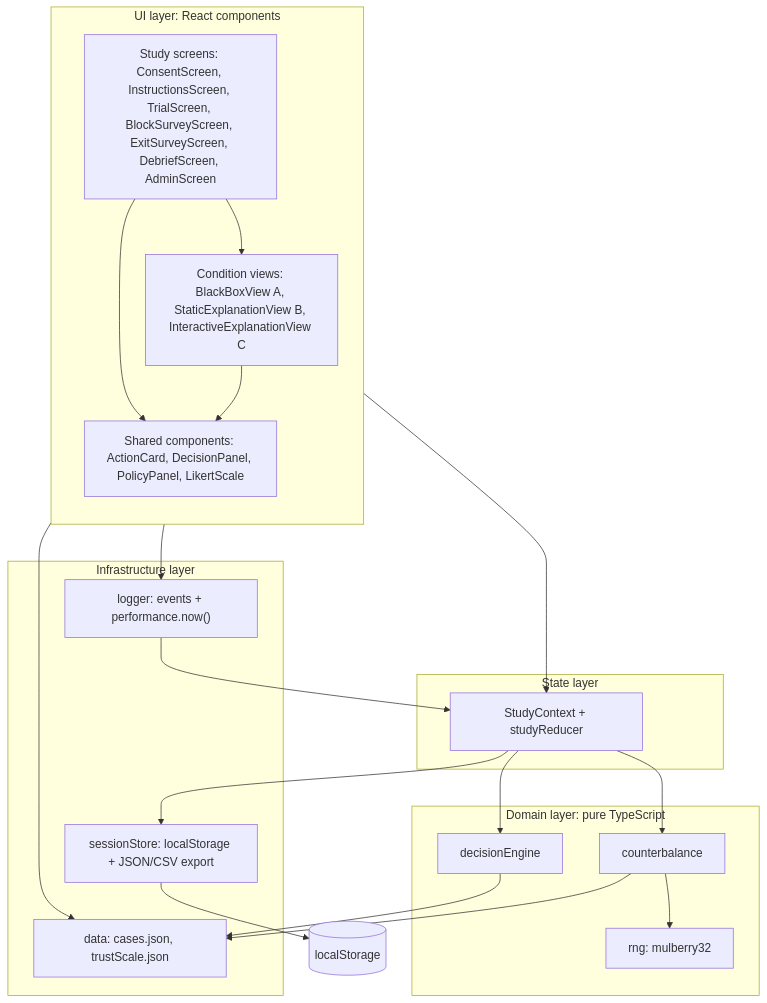
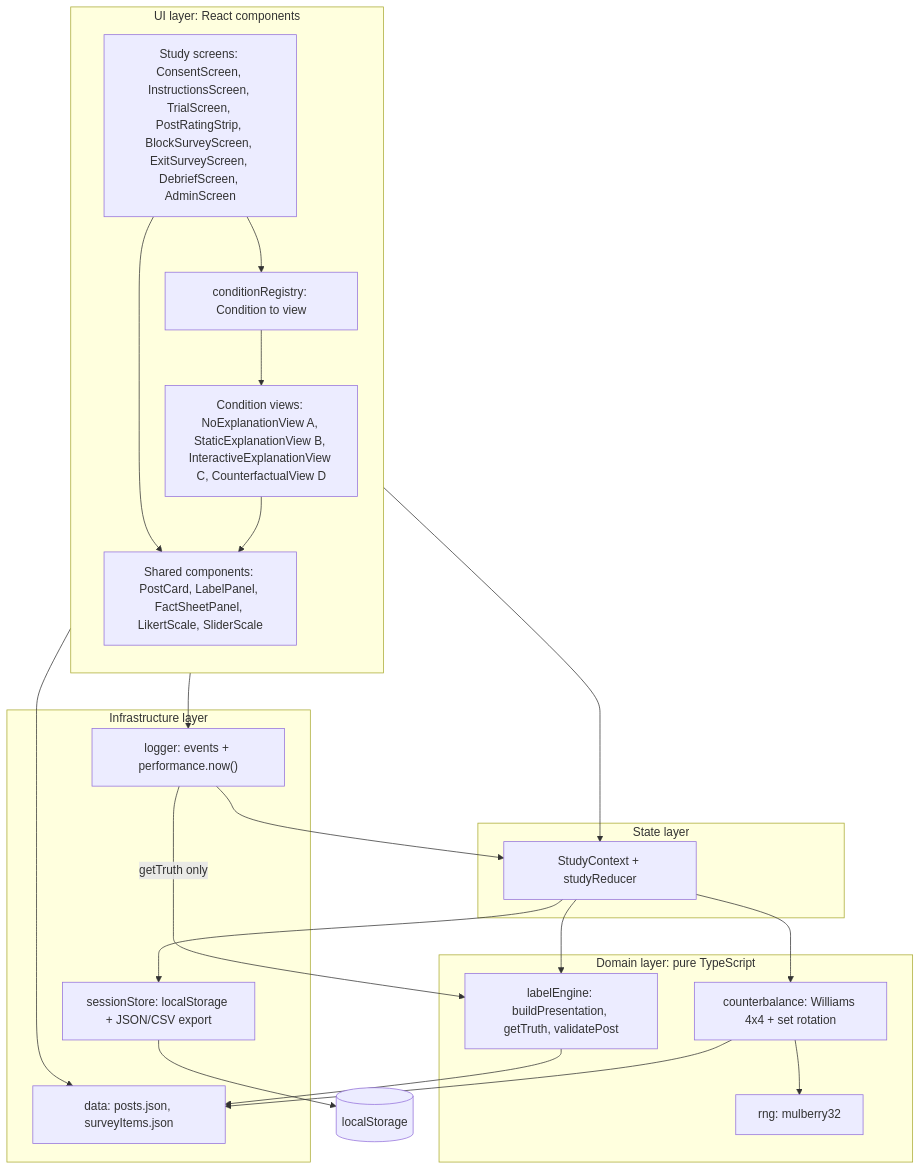
One commit to bibekgupta3333/HCI changed the second of 3 diagrams in docs/architecture.md. Above: the diagram before and after it, drawn with Mermaid. The commit also changed other lines of this file and 27 other files, not shown here.

````diff
--- a/docs/architecture.md
+++ b/docs/architecture.md
@@ -29,40 +31,43 @@
 ```mermaid
 flowchart TB
     subgraph UI["UI layer: React components"]
         direction TB
-        Screens["Study screens: ConsentScreen, InstructionsScreen, TrialScreen, BlockSurveyScreen, ExitSurveyScreen, DebriefScreen, AdminScreen"]
-        Cond["Condition views: BlackBoxView A, StaticExplanationView B, InteractiveExplanationView C"]
-        Shared["Shared components: ActionCard, DecisionPanel, PolicyPanel, LikertScale"]
-        Screens --> Cond
+        Screens["Study screens: ConsentScreen, InstructionsScreen, TrialScreen, PostRatingStrip, BlockSurveyScreen, ExitSurveyScreen, DebriefScreen, AdminScreen"]
+        Reg["conditionRegistry: Condition to view"]
+        Cond["Condition views: NoExplanationView A, StaticExplanationView B, InteractiveExplanationView C, CounterfactualView D"]
+        Shared["Shared components: PostCard, LabelPanel, FactSheetPanel, LikertScale, SliderScale"]
+        Screens --> Reg
+        Reg --> Cond
         Screens --> Shared
         Cond --> Shared
     end
 
     subgraph STATE["State layer"]
         Ctx["StudyContext + studyReducer"]
     end
 
     subgraph DOMAIN["Domain layer: pure TypeScript"]
-        DE["decisionEngine"]
-        CB["counterbalance"]
+        LE["labelEngine: buildPresentation, getTruth, validatePost"]
+        CB["counterbalance: Williams 4x4 + set rotation"]
         RNG["rng: mulberry32"]
         CB --> RNG
     end
 
     subgraph INFRA["Infrastructure layer"]
         LOG["logger: events + performance.now()"]
         SS["sessionStore: localStorage + JSON/CSV export"]
-        DATA["data: cases.json, trustScale.json"]
+        DATA["data: posts.json, surveyItems.json"]
     end
 
     Screens --> Ctx
     Screens --> LOG
-    Ctx --> DE
+    Ctx --> LE
     Ctx --> CB
     Ctx --> SS
     LOG --> Ctx
-    DE --> DATA
+    LOG -->|"getTruth only"| LE
+    LE --> DATA
     CB --> DATA
     Screens --> DATA
     SS --> LS[("localStorage")]
 ```
````
